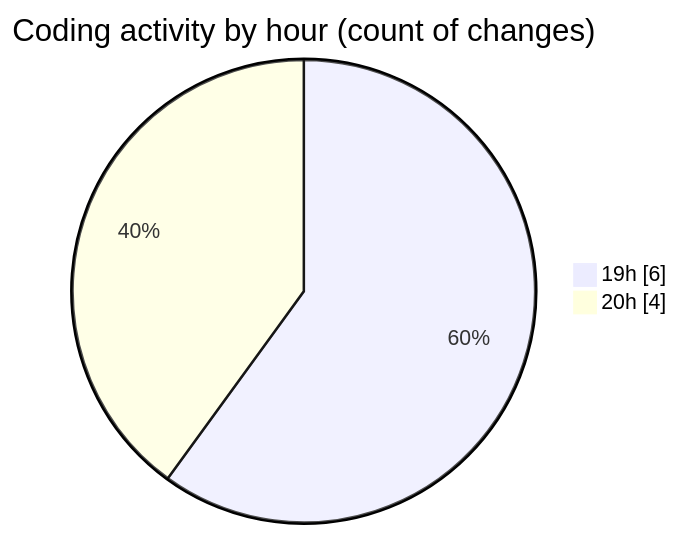
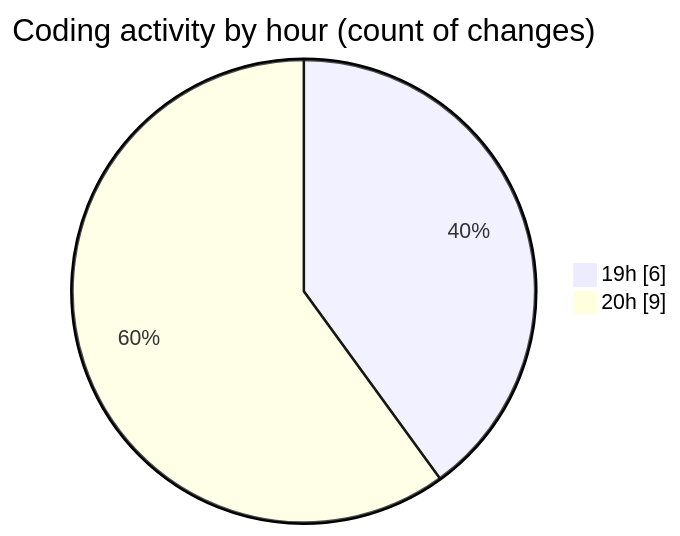
Before and after one commit to IJAZ3593/code-tracking: the second of 2 diagrams in 2025-09-13/new_folder/README.md, drawn with Mermaid. The commit also changed other lines of this file and 1 other file, not shown here.

````diff
--- a/2025-09-13/new_folder/README.md
+++ b/2025-09-13/new_folder/README.md
@@ -32,6 +34,6 @@
 ```mermaid
 pie showData
 title Coding activity by hour (count of changes)
 "19h" : 6
-"20h" : 4
+"20h" : 9
 ```
````
